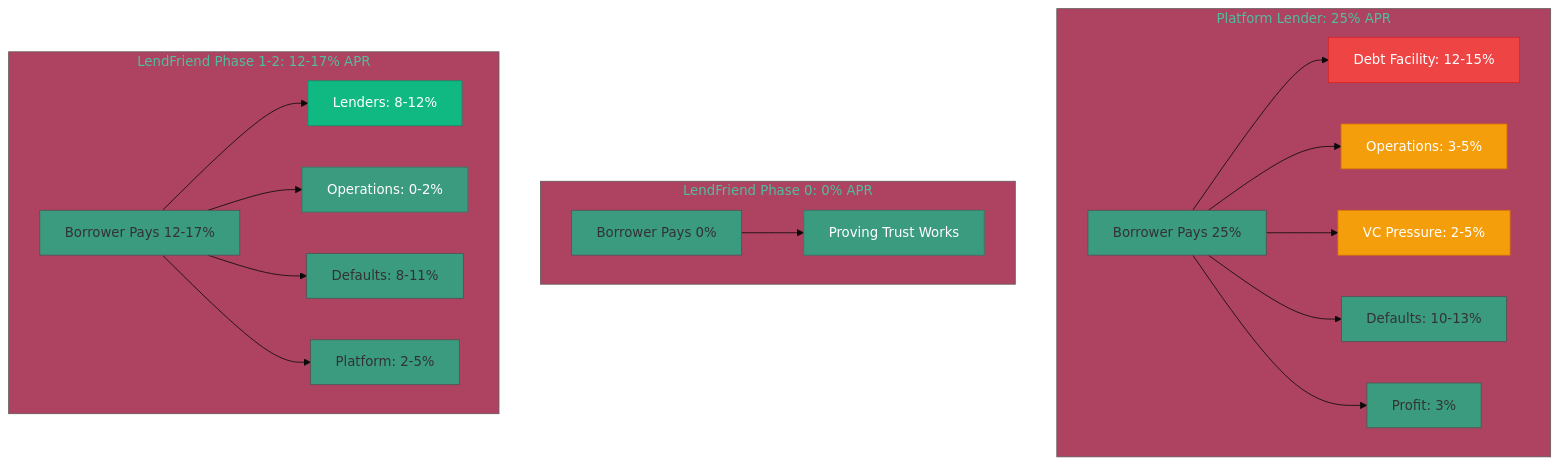
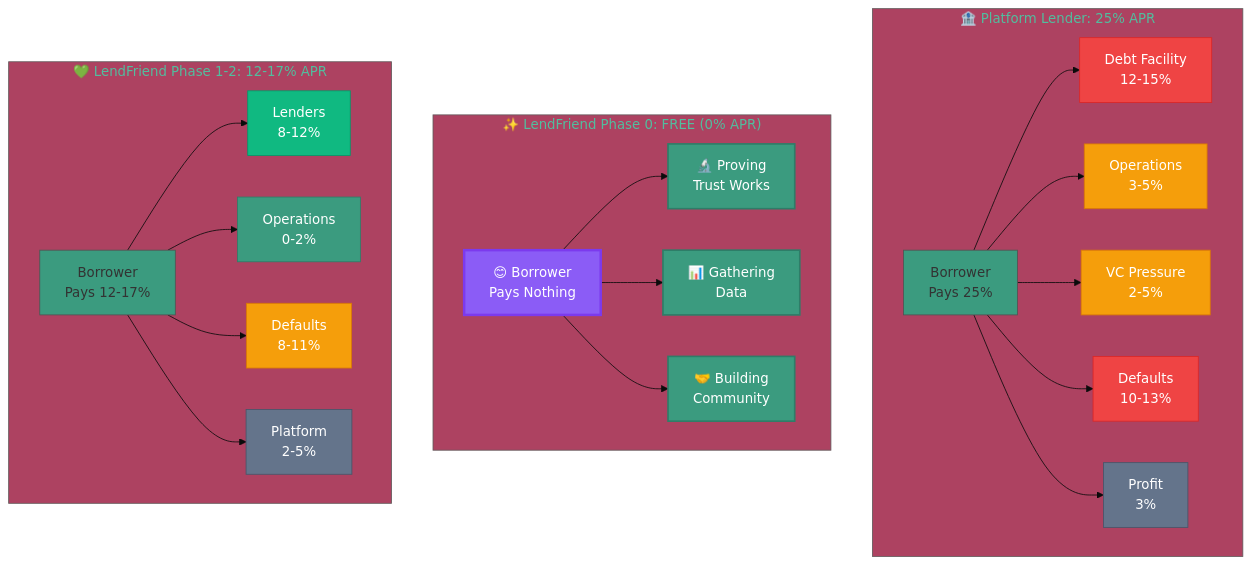
One commit to aagoldberg/far-mca changed the diagram in docs/cheaper-lending.md. Above: the diagram before and after it, drawn with Mermaid.

Commit message:
Make Phase 0 diagram prettier and more detailed
- Changed title to "FREE (0% APR)" with sparkles emoji
- Expanded Phase 0 to show 3 outcomes: proving trust works, gathering data, building community
- Used purple color for borrower node to stand out
- Added thicker strokes and emojis throughout
- Better color coding across all three sections

🤖 Generated with [Claude Code](https://claude.com/claude-code)

````diff
--- a/docs/cheaper-lending.md
+++ b/docs/cheaper-lending.md
@@ -66,30 +66,41 @@
 ```mermaid
 %%{init: {'theme':'base', 'themeVariables': {'primaryColor':'#3B9B7F'}}}%%
 graph TB
-    subgraph Platform["Platform Lender: 25% APR"]
-        P1[Borrower Pays 25%] --> P2[Debt Facility: 12-15%]
-        P1 --> P3[Operations: 3-5%]
-        P1 --> P4[VC Pressure: 2-5%]
-        P1 --> P5[Defaults: 10-13%]
-        P1 --> P6[Profit: 3%]
+    subgraph Platform["🏦 Platform Lender: 25% APR"]
+        P1[Borrower<br/>Pays 25%] --> P2[Debt Facility<br/>12-15%]
+        P1 --> P3[Operations<br/>3-5%]
+        P1 --> P4[VC Pressure<br/>2-5%]
+        P1 --> P5[Defaults<br/>10-13%]
+        P1 --> P6[Profit<br/>3%]
     end
 
-    subgraph Phase0["LendFriend Phase 0: 0% APR"]
-        L0[Borrower Pays 0%]
-        L0 --> L01[Proving Trust Works]
+    subgraph Phase0["✨ LendFriend Phase 0: FREE (0% APR)"]
+        L0["😊 Borrower<br/>Pays Nothing"]
+        L0 --> L01["🔬 Proving<br/>Trust Works"]
+        L0 --> L02["📊 Gathering<br/>Data"]
+        L0 --> L03["🤝 Building<br/>Community"]
     end
 
-    subgraph Phase12["LendFriend Phase 1-2: 12-17% APR"]
-        L1[Borrower Pays 12-17%] --> L2[Lenders: 8-12%]
-        L1 --> L3[Operations: 0-2%]
-        L1 --> L4[Defaults: 8-11%]
-        L1 --> L5[Platform: 2-5%]
+    subgraph Phase12["💚 LendFriend Phase 1-2: 12-17% APR"]
+        L1[Borrower<br/>Pays 12-17%] --> L2[Lenders<br/>8-12%]
+        L1 --> L3[Operations<br/>0-2%]
+        L1 --> L4[Defaults<br/>8-11%]
+        L1 --> L5[Platform<br/>2-5%]
     end
 
     style P2 fill:#EF4444,stroke:#DC2626,color:#fff
     style P3 fill:#F59E0B,stroke:#D97706,color:#fff
     style P4 fill:#F59E0B,stroke:#D97706,color:#fff
-    style L01 fill:#3B9B7F,stroke:#2E7D68,color:#fff
+    style P5 fill:#EF4444,stroke:#DC2626,color:#fff
+    style P6 fill:#64748B,stroke:#475569,color:#fff
+
+    style L0 fill:#8B5CF6,stroke:#7C3AED,color:#fff,stroke-width:3px
+    style L01 fill:#3B9B7F,stroke:#2E7D68,color:#fff,stroke-width:2px
+    style L02 fill:#3B9B7F,stroke:#2E7D68,color:#fff,stroke-width:2px
+    style L03 fill:#3B9B7F,stroke:#2E7D68,color:#fff,stroke-width:2px
+
     style L2 fill:#10B981,stroke:#059669,color:#fff
     style L3 fill:#3B9B7F,stroke:#2E7D68,color:#fff
+    style L4 fill:#F59E0B,stroke:#D97706,color:#fff
+    style L5 fill:#64748B,stroke:#475569,color:#fff
 ```
````
